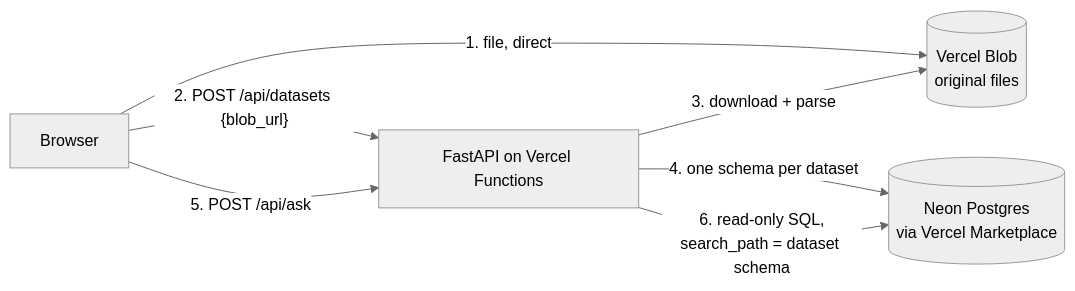
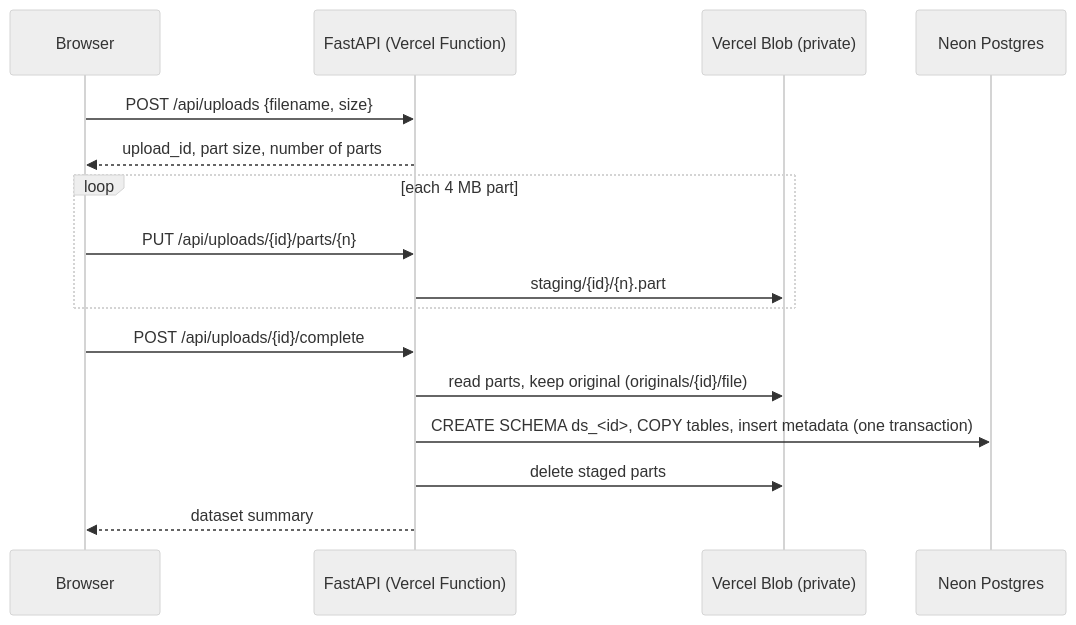
The diagram in docs/DEPLOYMENT.md (hoshangsheth/ask-your-data), drawn with Mermaid (neutral theme) before and after one commit. The commit also changed other lines of this file and 1 other file, not shown here.

First line of the commit message:
docs: describe the Vercel + Neon + Blob deployment

````diff
--- a/docs/DEPLOYMENT.md
+++ b/docs/DEPLOYMENT.md
@@ -18,9 +28,18 @@
 ```mermaid
-flowchart LR
-    B[Browser] -- 1. file, direct --> BL[(Vercel Blob<br/>original files)]
-    B -- 2. POST /api/datasets {blob_url} --> F[FastAPI on Vercel Functions]
-    F -- 3. download + parse --> BL
-    F -- 4. one schema per dataset --> PG[(Neon Postgres<br/>via Vercel Marketplace)]
-    B -- 5. POST /api/ask --> F
-    F -- 6. read-only SQL,<br/>search_path = dataset schema --> PG
+sequenceDiagram
+    participant B as Browser
+    participant F as FastAPI (Vercel Function)
+    participant BL as Vercel Blob (private)
+    participant PG as Neon Postgres
+    B->>F: POST /api/uploads {filename, size}
+    F-->>B: upload_id, part size, number of parts
+    loop each 4 MB part
+        B->>F: PUT /api/uploads/{id}/parts/{n}
+        F->>BL: staging/{id}/{n}.part
+    end
+    B->>F: POST /api/uploads/{id}/complete
+    F->>BL: read parts, keep original (originals/{id}/file)
+    F->>PG: CREATE SCHEMA ds_<id>, COPY tables, insert metadata (one transaction)
+    F->>BL: delete staged parts
+    F-->>B: dataset summary
 ```
````
